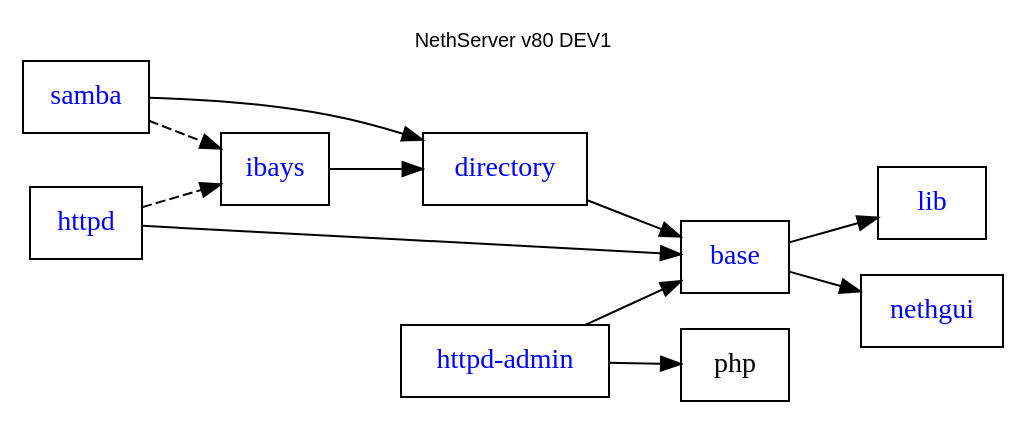
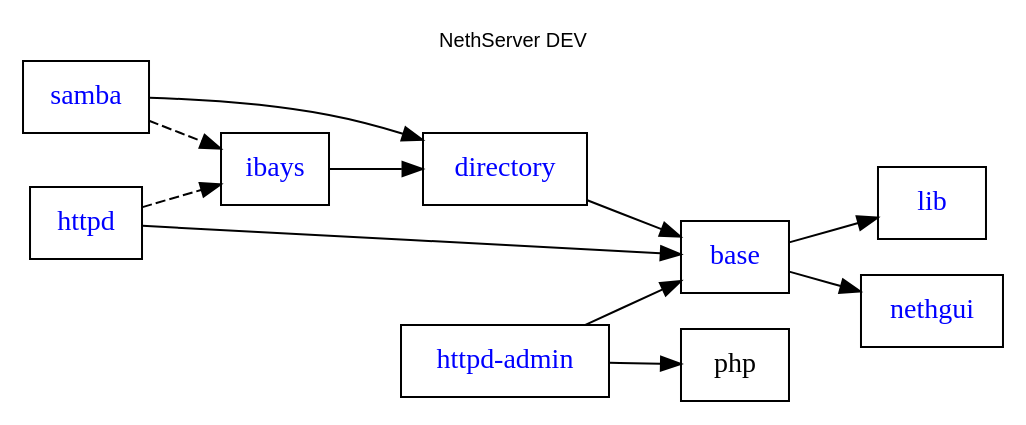
Before and after one commit to nethesis/dev-nethesis-it: the diagram in nethserver/package-dependencies.dot, drawn with Graphviz. The commit also changed 1 other file, not shown here.

```diff
--- a/nethserver/package-dependencies.dot
+++ b/nethserver/package-dependencies.dot
@@ -1,27 +1,27 @@
-digraph DEV1 {
-    rankdir = "LR"; compound = true; concentrate = true; fontname = "Arial"; fontnames="svg"; fontsize=10.0; label="NethServer v80 DEV1"; labelloc = "t"
+digraph DEV {
+    rankdir = "LR"; compound = true; concentrate = true; fontname = "Arial"; fontnames="svg"; fontsize=10.0; label="NethServer DEV"; labelloc = "t"
     node [shape=rect];
     httpd_admin [fontcolor=blue,label="httpd-admin",URL="http://dev.nethesis.it/projects/nethserver-httpd-admin"];
     base [fontcolor=blue,URL="http://dev.nethesis.it/projects/nethserver-base"];
     directory [fontcolor=blue,URL="http://dev.nethesis.it/projects/nethserver-directory"];    
     samba [fontcolor=blue,URL="http://dev.nethesis.it/projects/nethserver-samba"];    
     ibays [fontcolor=blue,URL="http://dev.nethesis.it/projects/nethserver-ibays"];    
     lib [fontcolor=blue,URL="http://dev.nethesis.it/projects/nethserver-lib"];    
     httpd [fontcolor=blue,URL="http://dev.nethesis.it/projects/nethserver-httpd"];    
     nethgui [fontcolor=blue,URL="http://dev.nethesis.it/projects/nethgui"];    
             
     base -> lib
     base -> nethgui
 #    ssh -> base
     directory -> base
     samba -> directory
     ibays -> directory
     httpd -> base
 #    hosts -> base
     httpd_admin -> php
     httpd_admin -> base
 #    backup -> base
     samba -> ibays [style=dashed];
     httpd -> ibays [style=dashed]; 
 #    httpd -> hosts [style=dashed];
 }
```
